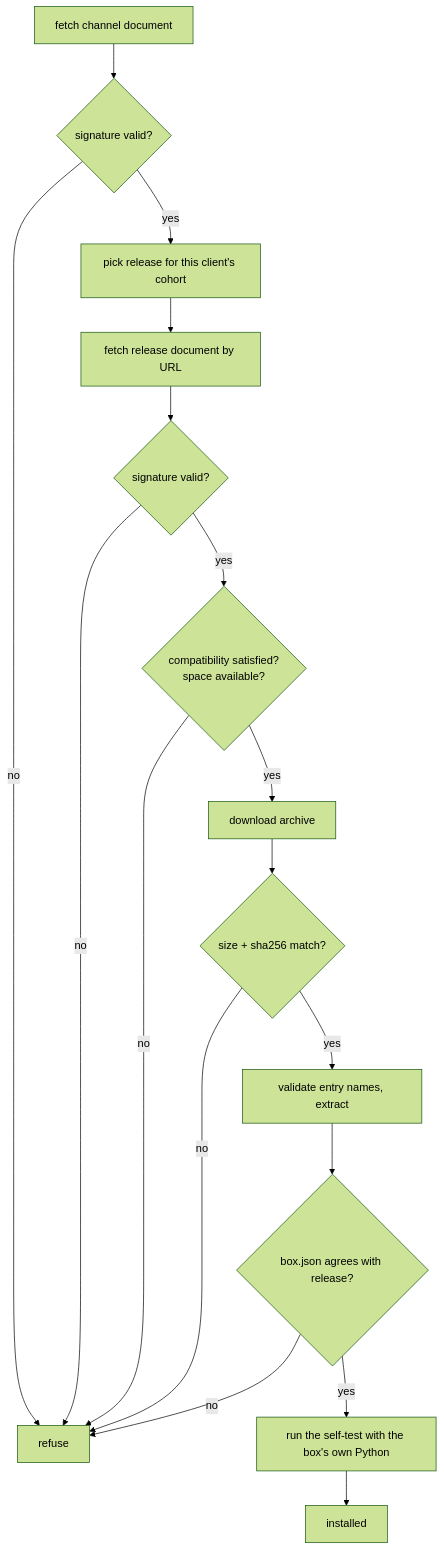
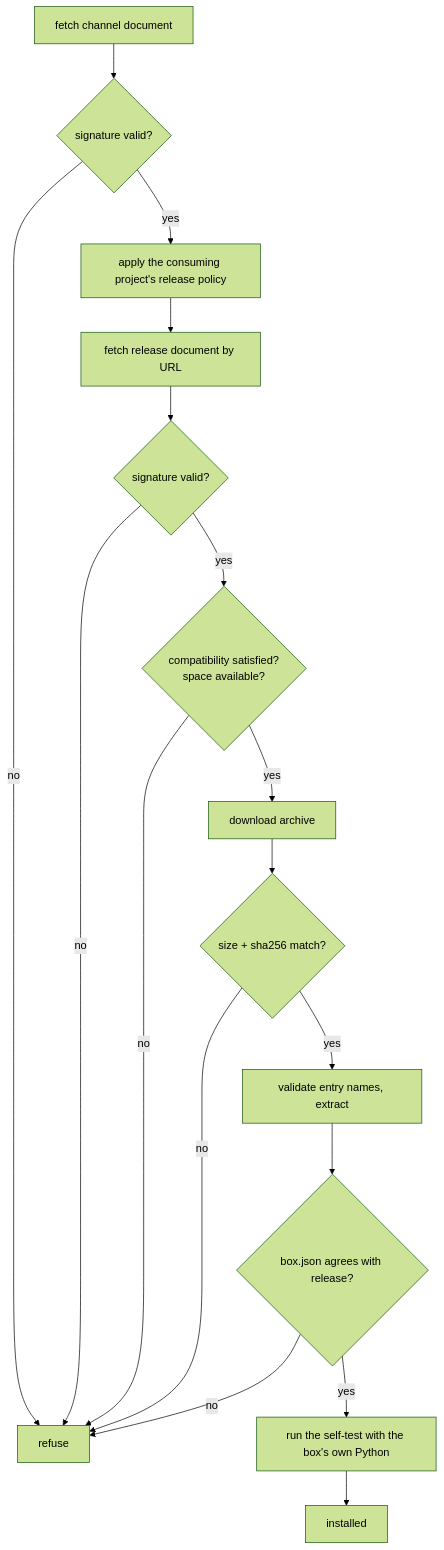
Before and after one commit to Suffro/scrollcase: the diagram in docs/guides/distributing-boxes.md, drawn with Mermaid (forest theme). The commit also changed other lines of this file and 48 other files, not shown here.

````diff
--- a/docs/guides/distributing-boxes.md
+++ b/docs/guides/distributing-boxes.md
@@ -129,19 +130,19 @@
 ```mermaid
 flowchart TD
   C["fetch channel document"] --> CV{"signature valid?"}
   CV -->|no| X["refuse"]
-  CV -->|yes| P["pick release for this client's cohort"]
+  CV -->|yes| P["apply the consuming project's release policy"]
   P --> R["fetch release document by URL"]
   R --> RV{"signature valid?"}
   RV -->|no| X
   RV -->|yes| CO{"compatibility satisfied?<br/>space available?"}
   CO -->|no| X
   CO -->|yes| D["download archive"]
   D --> H{"size + sha256 match?"}
   H -->|no| X
   H -->|yes| E["validate entry names, extract"]
   E --> M{"box.json agrees with release?"}
   M -->|no| X
   M -->|yes| T["run the self-test with the box's own Python"]
   T --> OK["installed"]
 ```
````
